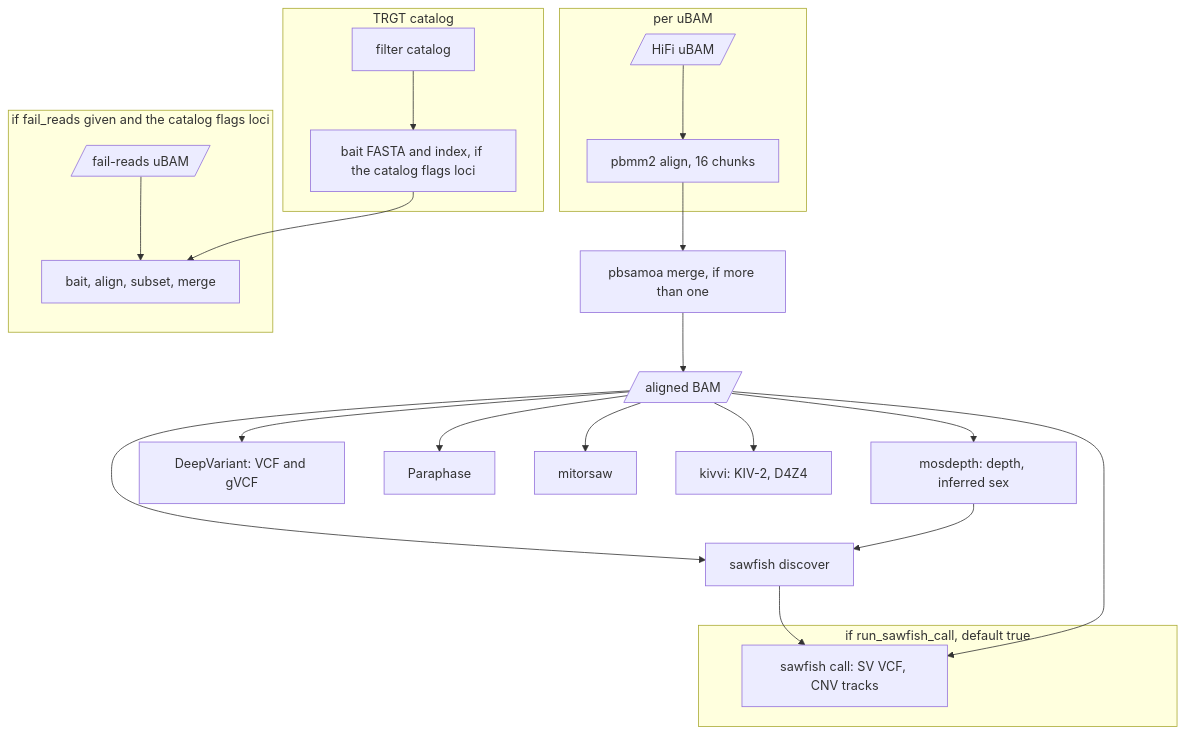
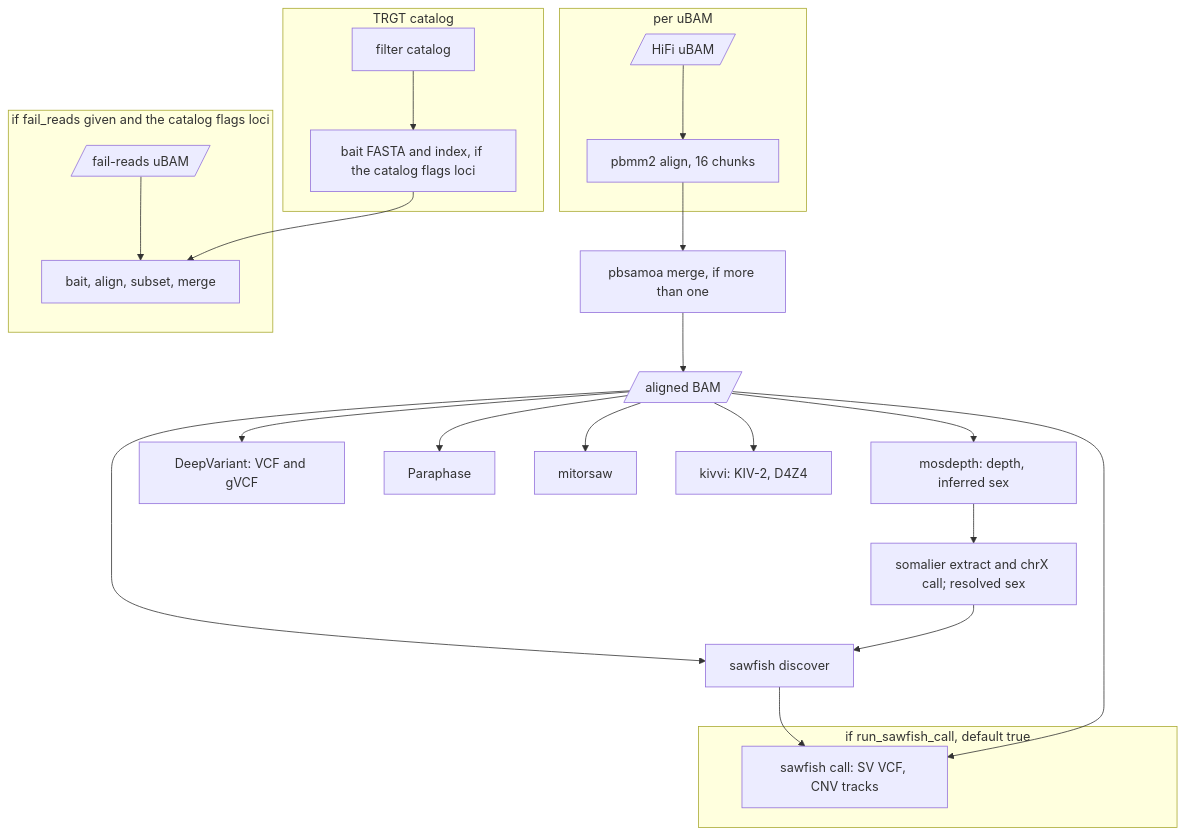
The second of 11 diagrams in docs/guide/08-stages.md (UppsalaGenomeCenter/ugc-wgw), drawn with Mermaid before and after one commit. The commit also changed other lines of this file and 73 other files, not shown here.

````diff
--- a/docs/guide/08-stages.md
+++ b/docs/guide/08-stages.md
@@ -71,27 +72,28 @@
 ```mermaid
 flowchart TD
   subgraph cat["TRGT catalog"]
     fc["filter catalog"] --> bait["bait FASTA and index, if the catalog flags loci"]
   end
   subgraph per["per uBAM"]
     ubam[/"HiFi uBAM"/] --> pbmm2["pbmm2 align, 16 chunks"]
   end
   pbmm2 --> merge["pbsamoa merge, if more than one"]
   merge --> bam[/"aligned BAM"/]
   bam --> mosdepth["mosdepth: depth, inferred sex"]
+  mosdepth --> sex["somalier extract and chrX call; resolved sex"]
   bam --> dv["DeepVariant: VCF and gVCF"]
   bam --> disc["sawfish discover"]
-  mosdepth --> disc
+  sex --> disc
   bam --> para["Paraphase"]
   bam --> mito["mitorsaw"]
   bam --> kiv["kivvi: KIV-2, D4Z4"]
   subgraph fr["if fail_reads given and the catalog flags loci"]
     fail[/"fail-reads uBAM"/] --> baitr["bait, align, subset, merge"]
   end
   bait --> baitr
   subgraph sc["if run_sawfish_call, default true"]
     swc["sawfish call: SV VCF, CNV tracks"]
   end
   disc --> swc
   bam --> swc
 ```
````
